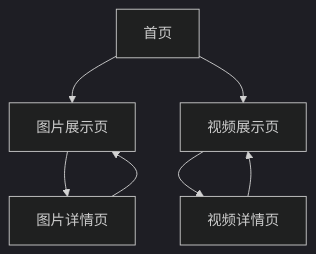
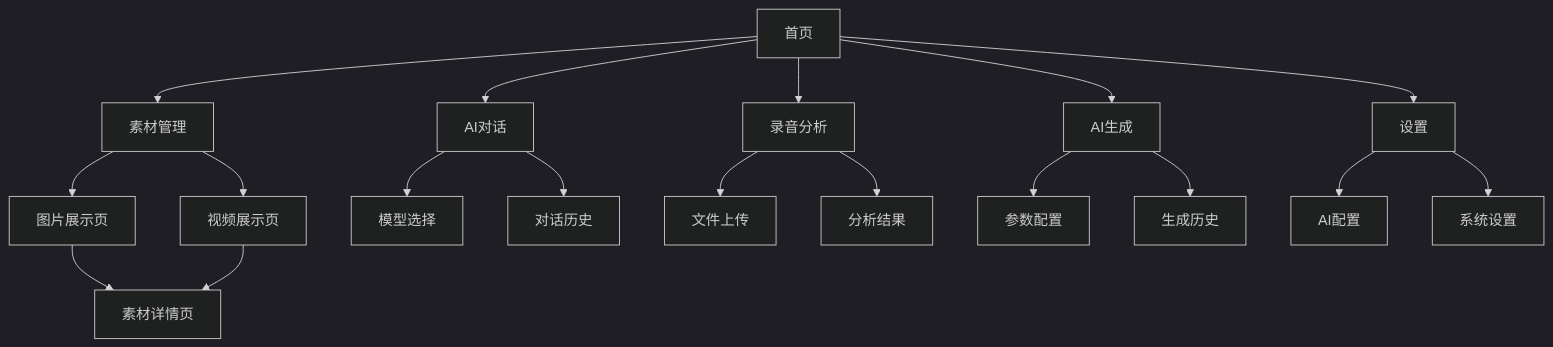
One commit to lelehappy666/AI-Middle-Platform changed the diagram in .trae/documents/产品需求文档.md. Above: the diagram before and after it, drawn with Mermaid (dark theme). The commit also changed other lines of this file and 27 other files, not shown here.

````diff
--- a/.trae/documents/产品需求文档.md
+++ b/.trae/documents/产品需求文档.md
@@ -42,9 +75,25 @@
 ```mermaid
 graph TD
-  A[首页] --> B[图片展示页]
-  A --> C[视频展示页]
-  B --> D[图片详情页]
-  C --> E[视频详情页]
-  D --> B
-  E --> C
+  A[首页] --> B[素材管理]
+  A --> C[AI对话]
+  A --> D[录音分析]
+  A --> E[AI生成]
+  A --> F[设置]
+  
+  B --> G[图片展示页]
+  B --> H[视频展示页]
+  G --> I[素材详情页]
+  H --> I
+  
+  C --> J[模型选择]
+  C --> K[对话历史]
+  
+  D --> L[文件上传]
+  D --> M[分析结果]
+  
+  E --> N[参数配置]
+  E --> O[生成历史]
+  
+  F --> P[AI配置]
+  F --> Q[系统设置]
 ```
````
